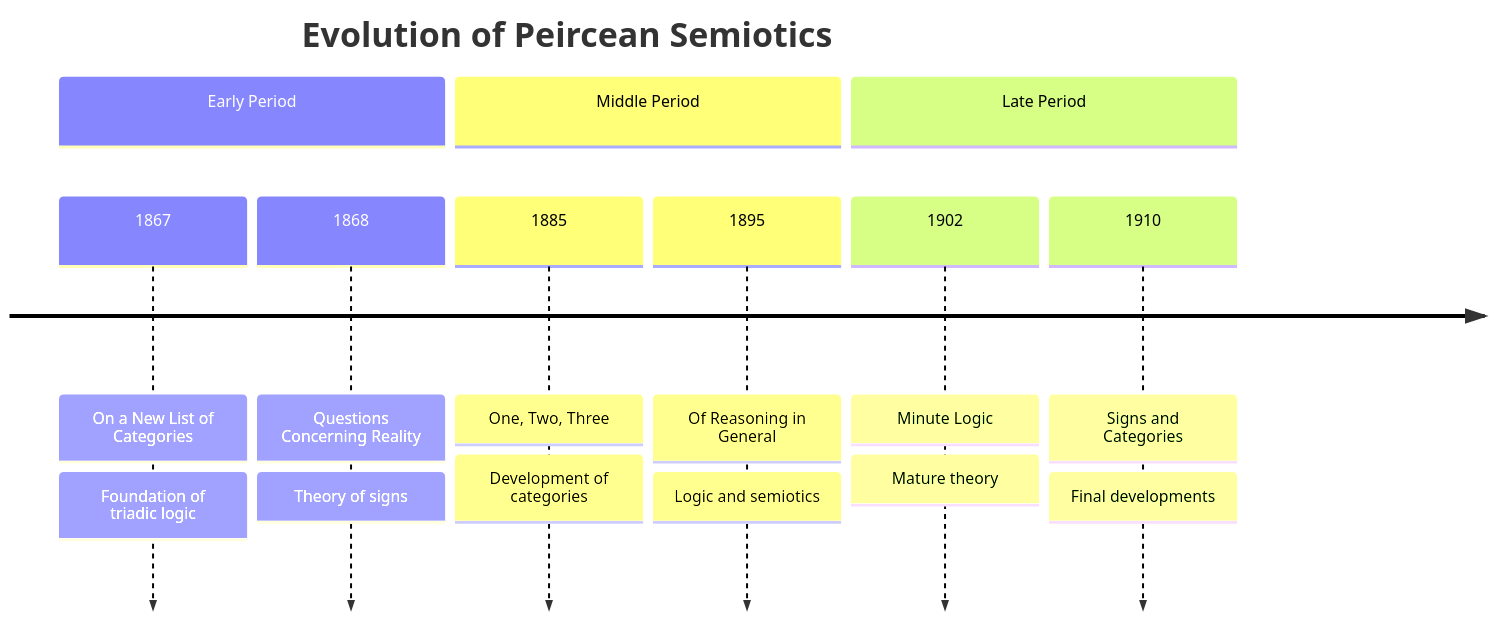
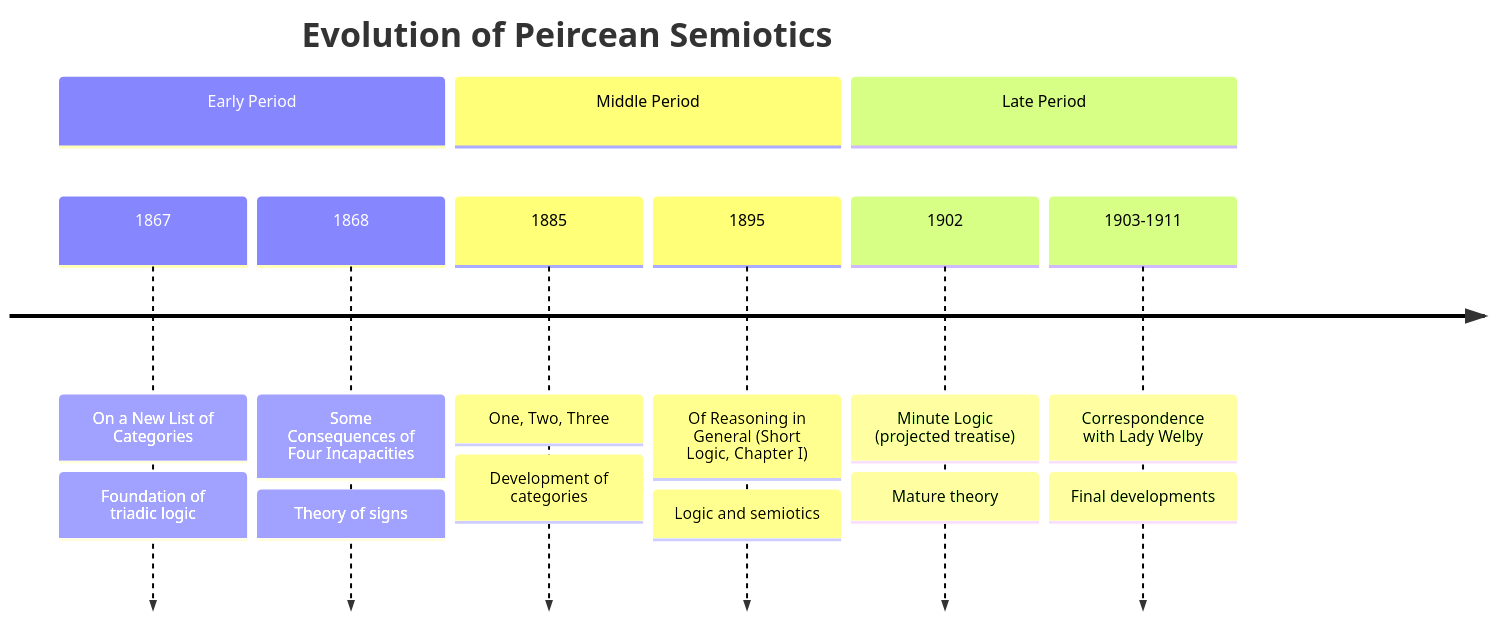
The third of 7 diagrams in knowledge_base/philosophy/peircean_semiotics.md (ActiveInferenceInstitute/cognitive), drawn with Mermaid before and after one commit. The commit also changed other lines of this file and 167 other files, not shown here.

````diff
--- a/knowledge_base/philosophy/peircean_semiotics.md
+++ b/knowledge_base/philosophy/peircean_semiotics.md
@@ -513,25 +513,25 @@
 ```mermaid
 
 timeline
 
     title Evolution of Peircean Semiotics
 
     section Early Period
 
         1867 : On a New List of Categories : Foundation of triadic logic
 
-        1868 : Questions Concerning Reality : Theory of signs
+        1868 : Some Consequences of Four Incapacities : Theory of signs
 
     section Middle Period
 
         1885 : One, Two, Three : Development of categories
 
-        1895 : Of Reasoning in General : Logic and semiotics
+        1895 : Of Reasoning in General (Short Logic, Chapter I) : Logic and semiotics
 
     section Late Period
 
-        1902 : Minute Logic : Mature theory
+        1902 : Minute Logic (projected treatise) : Mature theory
 
-        1910 : Signs and Categories : Final developments
+        1903-1911 : Correspondence with Lady Welby : Final developments
 
 ```
````
